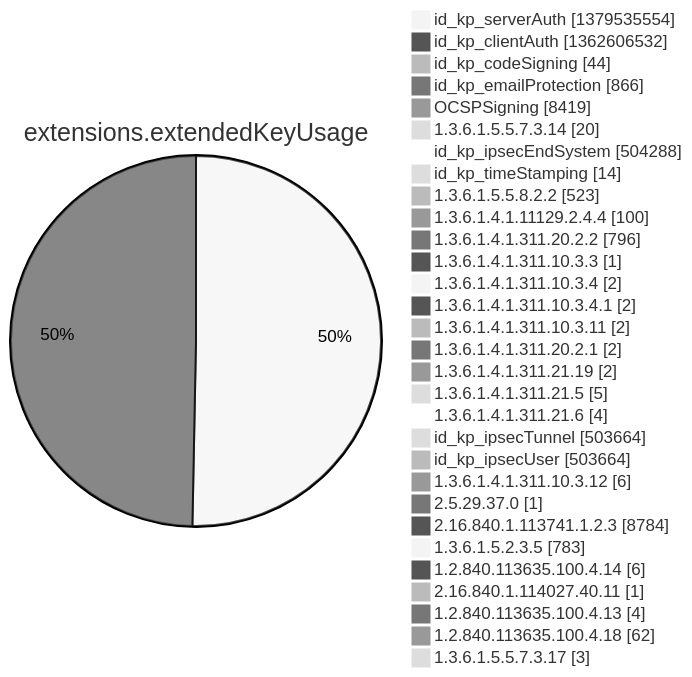
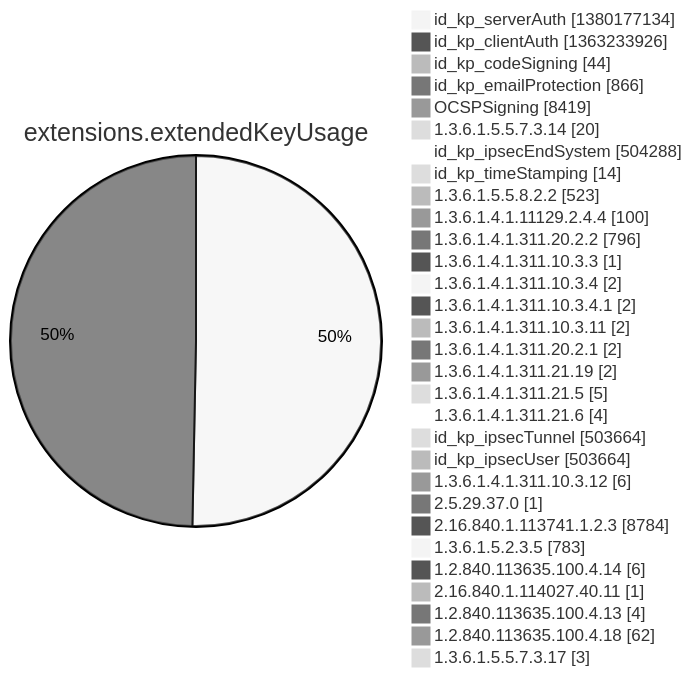
One commit to christiankrug/ctmonitor_visualization changed diagram 12 of 15 in argon2022/README.md. Above: the diagram before and after it, drawn with Mermaid (neutral theme). The commit also changed other lines of this file, not shown here.

````diff
--- a/argon2022/README.md
+++ b/argon2022/README.md
@@ -3554,34 +3554,34 @@
 ```mermaid
 pie showData
 title extensions.extendedKeyUsage
-"id_kp_serverAuth" :1379535554
-"id_kp_clientAuth" :1362606532
+"id_kp_serverAuth" :1380177134
+"id_kp_clientAuth" :1363233926
 "id_kp_codeSigning" :44
 "id_kp_emailProtection" :866
 "OCSPSigning" :8419
 "1.3.6.1.5.5.7.3.14" :20
 "id_kp_ipsecEndSystem" :504288
 "id_kp_timeStamping" :14
 "1.3.6.1.5.5.8.2.2" :523
 "1.3.6.1.4.1.11129.2.4.4" :100
 "1.3.6.1.4.1.311.20.2.2" :796
 "1.3.6.1.4.1.311.10.3.3" :1
 "1.3.6.1.4.1.311.10.3.4" :2
 "1.3.6.1.4.1.311.10.3.4.1" :2
 "1.3.6.1.4.1.311.10.3.11" :2
 "1.3.6.1.4.1.311.20.2.1" :2
 "1.3.6.1.4.1.311.21.19" :2
 "1.3.6.1.4.1.311.21.5" :5
 "1.3.6.1.4.1.311.21.6" :4
 "id_kp_ipsecTunnel" :503664
 "id_kp_ipsecUser" :503664
 "1.3.6.1.4.1.311.10.3.12" :6
 "2.5.29.37.0" :1
 "2.16.840.1.113741.1.2.3" :8784
 "1.3.6.1.5.2.3.5" :783
 "1.2.840.113635.100.4.14" :6
 "2.16.840.1.114027.40.11" :1
 "1.2.840.113635.100.4.13" :4
 "1.2.840.113635.100.4.18" :62
 "1.3.6.1.5.5.7.3.17" :3
 ```
````
